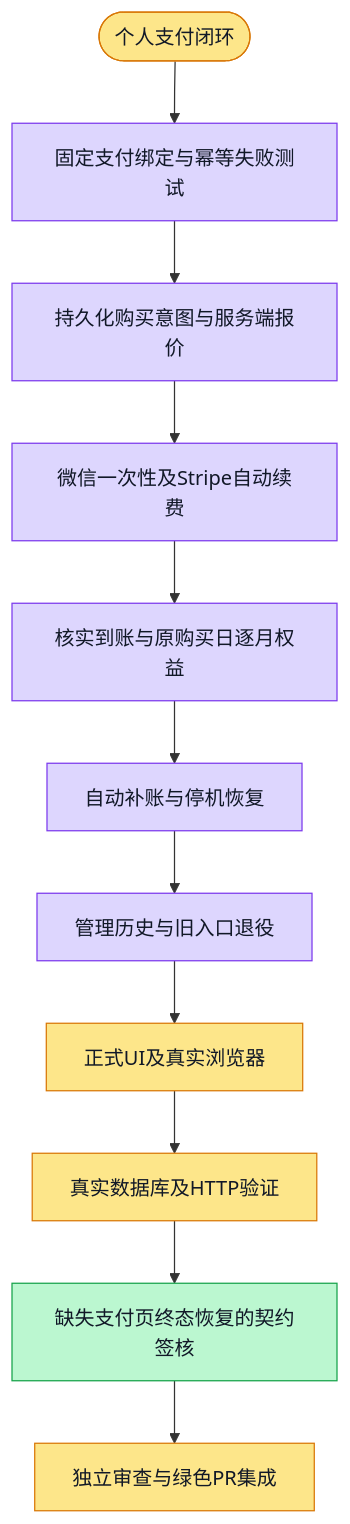
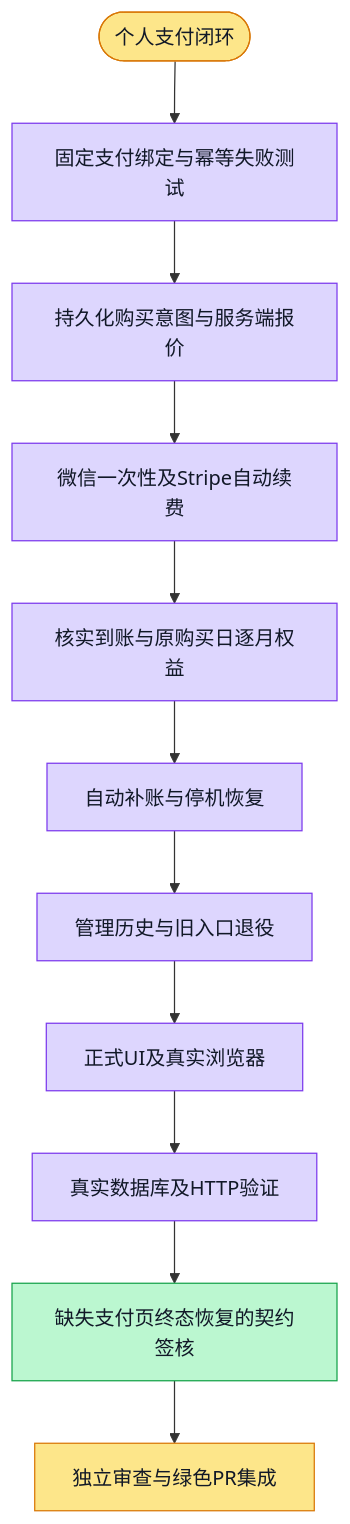
The diagram in phases/phase-21-billing-payment/design-deltas/personal-payments/plan.md (boardx/workspacex), drawn with Mermaid before and after one commit. The commit also changed 8 other files, not shown here.

````diff
--- a/phases/phase-21-billing-payment/design-deltas/personal-payments/plan.md
+++ b/phases/phase-21-billing-payment/design-deltas/personal-payments/plan.md
@@ -3,39 +3,39 @@
 ```mermaid
 flowchart TD
   G([个人支付闭环])
   S1[固定支付绑定与幂等失败测试]
   S2[持久化购买意图与服务端报价]
   S3[微信一次性及Stripe自动续费]
   S4[核实到账与原购买日逐月权益]
   S5[真实数据库及HTTP验证]
   S7[自动补账与停机恢复]
   S8[管理历史与旧入口退役]
   S9[正式UI及真实浏览器]
   S10[缺失支付页终态恢复的契约签核]
   S6[独立审查与绿色PR集成]
   G --> S1 --> S2 --> S3 --> S4 --> S7 --> S8 --> S9 --> S5 --> S10 --> S6
   classDef todo fill:#e5e7eb,stroke:#6b7280,color:#111827
   classDef doing fill:#fde68a,stroke:#d97706,color:#111827
   classDef done fill:#bbf7d0,stroke:#16a34a,color:#111827
   classDef tested fill:#ddd6fe,stroke:#7c3aed,color:#111827
   classDef blocked fill:#fecaca,stroke:#dc2626,color:#111827
   class G doing
   class S1 tested
   %% evidence S1: provider 113 tests passed; evidence/provider-current.txt
   class S2 tested
   %% evidence S2: PostgreSQL 7 and HTTP 2 passed; evidence/intents-green.txt and http-green.txt
   class S3 tested
   %% evidence S3: provider162及PG/HTTP54，evidence/recovery-auto-*
   class S4 tested
   %% evidence S4: Stripe26含原锚点与重复账单，evidence/recovery-auto-pg-http.txt
-  class S5 doing
+  class S5 tested
   class S7 tested
   %% evidence S7: 177872994独立增量ACCEPT，root自动恢复与生命周期3项
   class S8 tested
   %% evidence S8: management与旧财务回归，当前53PG含active审计修复
-  class S9 doing
-  %% evidence S9: 正常链路完整browser16及React93；异常恢复仍待S10
+  class S9 tested
+  %% evidence S9: 完整browser17及React107；已含先到账而原支付页绑定丢失的真实恢复
   class S10 done
   %% evidence S10: personal-order-outcomes-v1/design-signoff.md；用户明确采用并授权回填，2026-11-01T21:10:18Z记录
   class S6 doing
 ```
````
